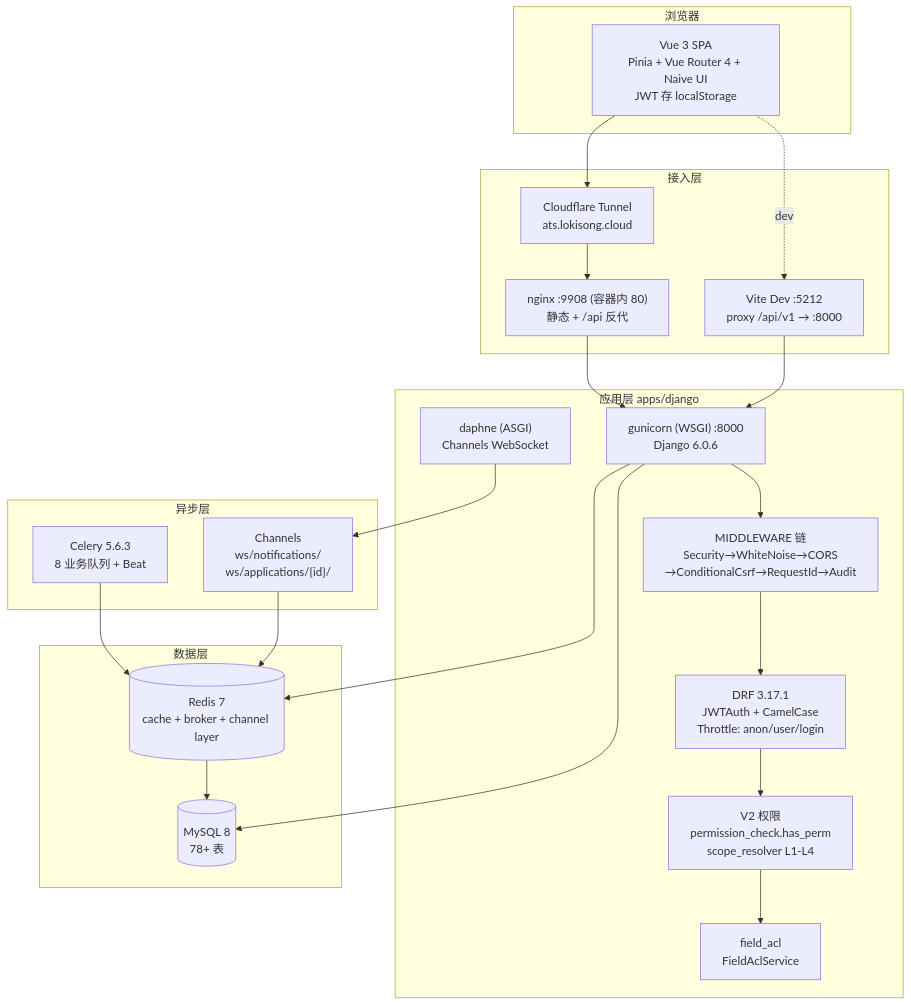
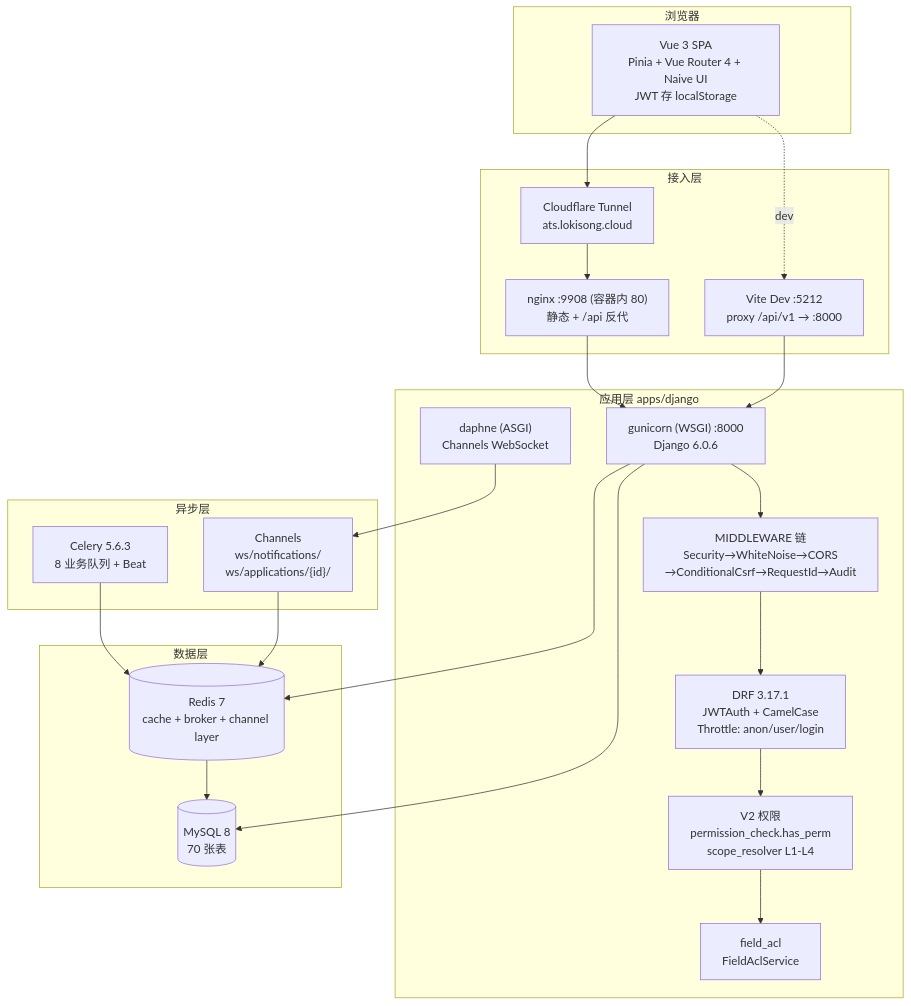
The diagram in docs/01-wiki/02-整体架构.md (Loki124/ATS-NEW), drawn with Mermaid before and after one commit. The commit also changed 13 other files, not shown here.

First line of the commit message:
docs: P0 calibration of architecture/backend/frontend metrics

````diff
--- a/docs/01-wiki/02-整体架构.md
+++ b/docs/01-wiki/02-整体架构.md
@@ -5,39 +5,39 @@
 ```mermaid
 graph TB
   subgraph Client["浏览器"]
     SPA["Vue 3 SPA<br/>Pinia + Vue Router 4 + Naive UI<br/>JWT 存 localStorage"]
   end
 
   subgraph Edge["接入层"]
     CF["Cloudflare Tunnel<br/>ats.lokisong.cloud"]
     VITE["Vite Dev :5212<br/>proxy /api/v1 → :8000"]
     NGX["nginx :9908 (容器内 80)<br/>静态 + /api 反代"]
   end
 
   subgraph App["应用层 apps/django"]
     GUN["gunicorn (WSGI) :8000<br/>Django 6.0.6"]
     DAPH["daphne (ASGI)<br/>Channels WebSocket"]
     MW["MIDDLEWARE 链<br/>Security→WhiteNoise→CORS<br/>→ConditionalCsrf→RequestId→Audit"]
     DRF["DRF 3.17.1<br/>JWTAuth + CamelCase<br/>Throttle: anon/user/login"]
     V2["V2 权限<br/>permission_check.has_perm<br/>scope_resolver L1-L4"]
     ACL["field_acl<br/>FieldAclService"]
   end
 
   subgraph Data["数据层"]
-    MY[("MySQL 8<br/>78+ 表")]
+    MY[("MySQL 8<br/>70 张表")]
     RD[("Redis 7<br/>cache + broker + channel layer")]
   end
 
   subgraph Async["异步层"]
     CEL["Celery 5.6.3<br/>8 业务队列 + Beat"]
     CH["Channels<br/>ws/notifications/<br/>ws/applications/{id}/"]
   end
 
   SPA --> CF --> NGX --> GUN
   SPA -.dev.-> VITE --> GUN
   GUN --> MW --> DRF --> V2 --> ACL
   DAPH --> CH
   GUN --> MY & RD
   CEL --> RD --> MY
   CH --> RD
 ```
````
